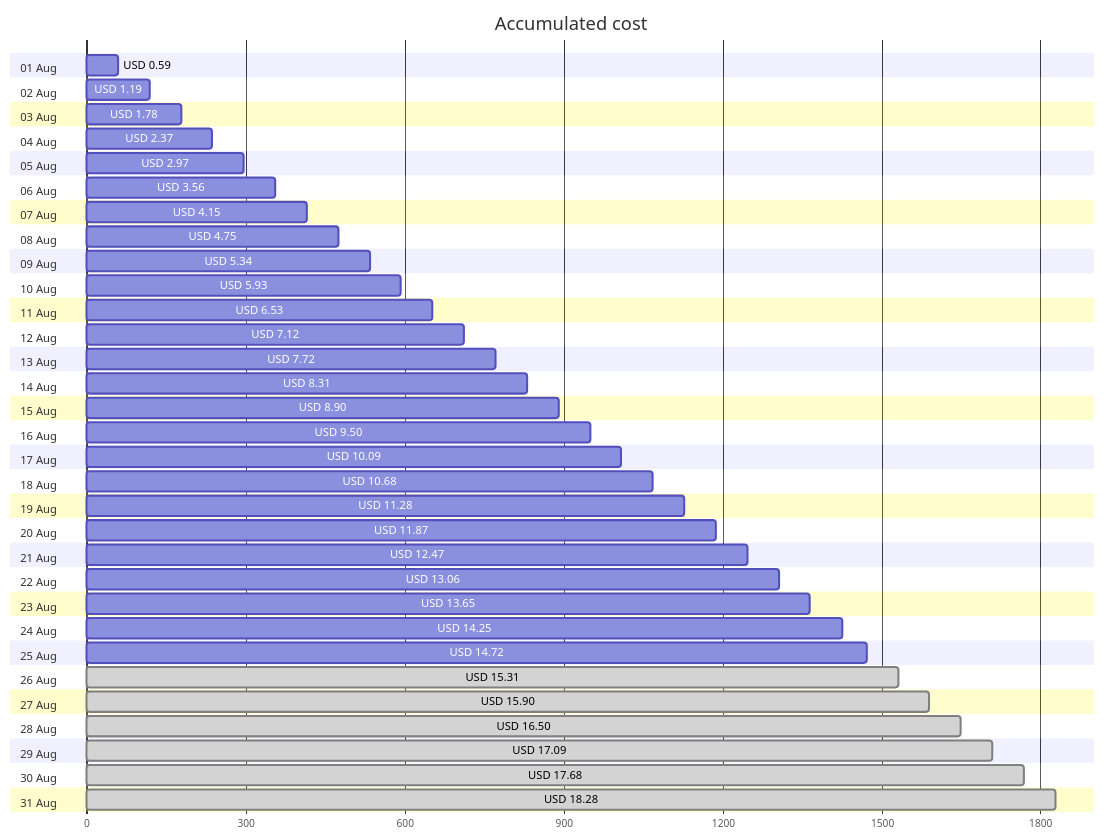
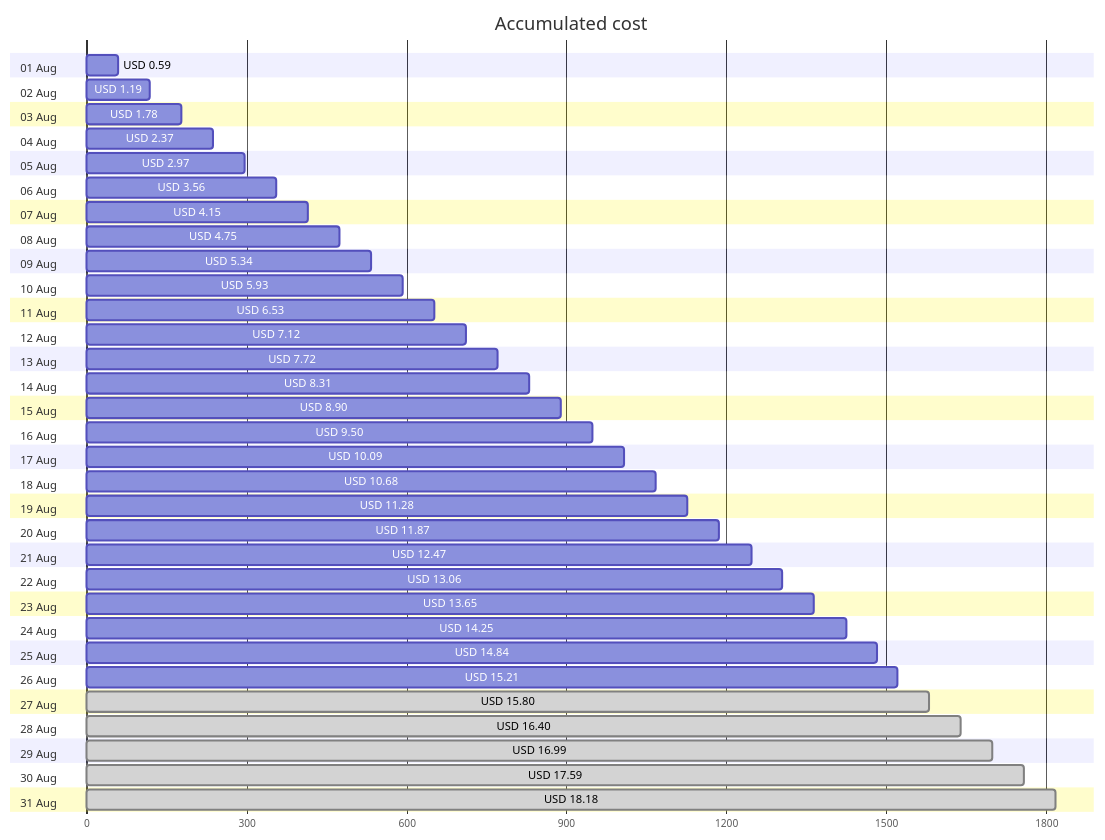
One commit to jpfulton/azure-personal-reports changed the first of 4 diagrams in cost-reports/personal-site/README.md. Above: the diagram before and after it, drawn with Mermaid. The commit also changed other lines of this file and 6 other files, not shown here.

````diff
--- a/cost-reports/personal-site/README.md
+++ b/cost-reports/personal-site/README.md
@@ -20,68 +20,68 @@
 ```mermaid
 gantt
    title Accumulated cost
    dateFormat  X
    axisFormat %s
    section 01 Aug
    USD 0.59 :0, 59
    section 02 Aug
    USD 1.19 :0, 119
    section 03 Aug
    USD 1.78 :0, 178
    section 04 Aug
    USD 2.37 :0, 237
    section 05 Aug
    USD 2.97 :0, 297
    section 06 Aug
    USD 3.56 :0, 356
    section 07 Aug
    USD 4.15 :0, 415
    section 08 Aug
    USD 4.75 :0, 475
    section 09 Aug
    USD 5.34 :0, 534
    section 10 Aug
    USD 5.93 :0, 593
    section 11 Aug
    USD 6.53 :0, 653
    section 12 Aug
    USD 7.12 :0, 712
    section 13 Aug
    USD 7.72 :0, 772
    section 14 Aug
    USD 8.31 :0, 831
    section 15 Aug
    USD 8.90 :0, 890
    section 16 Aug
    USD 9.50 :0, 950
    section 17 Aug
    USD 10.09 :0, 1009
    section 18 Aug
    USD 10.68 :0, 1068
    section 19 Aug
    USD 11.28 :0, 1128
    section 20 Aug
    USD 11.87 :0, 1187
    section 21 Aug
    USD 12.47 :0, 1247
    section 22 Aug
    USD 13.06 :0, 1306
    section 23 Aug
    USD 13.65 :0, 1365
    section 24 Aug
    USD 14.25 :0, 1425
    section 25 Aug
-   USD 14.72 :0, 1472
+   USD 14.84 :0, 1484
    section 26 Aug
-   USD 15.31 : done, 0, 1531
+   USD 15.21 :0, 1521
    section 27 Aug
-   USD 15.90 : done, 0, 1590
+   USD 15.80 : done, 0, 1580
    section 28 Aug
-   USD 16.50 : done, 0, 1650
+   USD 16.40 : done, 0, 1640
    section 29 Aug
-   USD 17.09 : done, 0, 1709
+   USD 16.99 : done, 0, 1699
    section 30 Aug
-   USD 17.68 : done, 0, 1768
+   USD 17.59 : done, 0, 1759
    section 31 Aug
-   USD 18.28 : done, 0, 1828
+   USD 18.18 : done, 0, 1818
 ```
````
